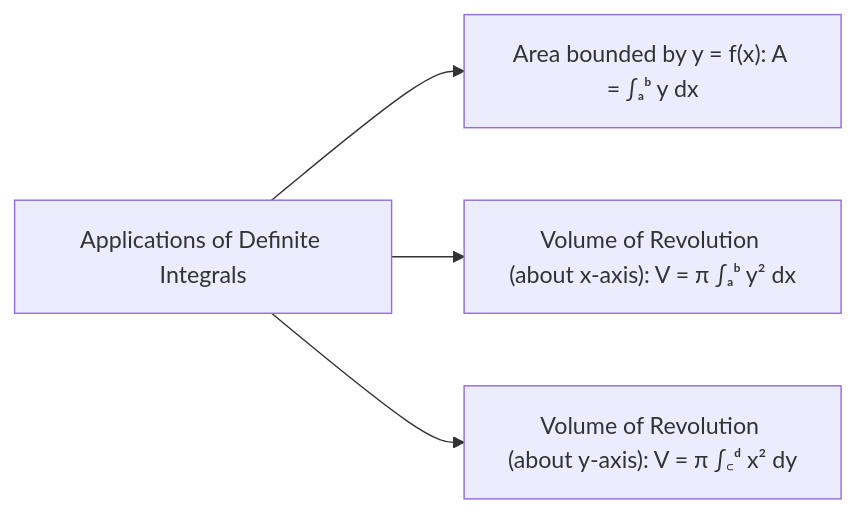
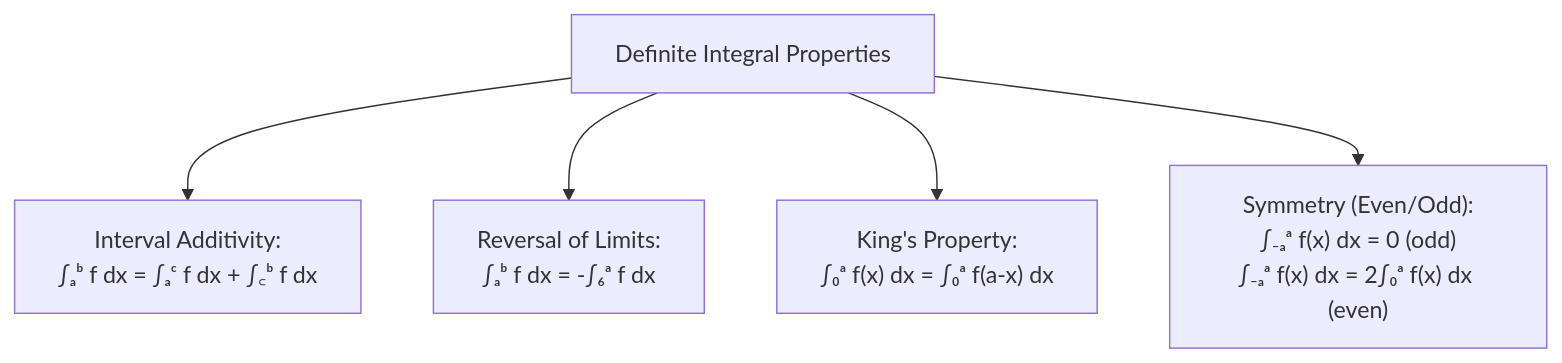
One commit to zenyyxz/Zen_dx-Notes changed the second of 2 diagrams in 01 - Maths/Lesson 09 - Integral Calculus & Applications.md. Above: the diagram before and after it, drawn with Mermaid. The commit also changed other lines of this file and 12 other files, not shown here.

````diff
--- a/01 - Maths/Lesson 09 - Integral Calculus & Applications.md
+++ b/01 - Maths/Lesson 09 - Integral Calculus & Applications.md
@@ -43,6 +166,7 @@
 ```mermaid
-graph LR
-    App["Applications of Definite Integrals"] --> Area["Area bounded by y = f(x): A = ∫ₐᵇ y dx"]
-    App --> VolX["Volume of Revolution (about x-axis): V = π ∫ₐᵇ y² dx"]
-    App --> VolY["Volume of Revolution (about y-axis): V = π ∫꜀ᵈ x² dy"]
+graph TD
+    P["Definite Integral Properties"] --> P1["Interval Additivity:<br>∫ₐᵇ f dx = ∫ₐᶜ f dx + ∫꜀ᵇ f dx"]
+    P --> P2["Reversal of Limits:<br>∫ₐᵇ f dx = -∫₆ᵃ f dx"]
+    P --> P3["King's Property:<br>∫₀ᵃ f(x) dx = ∫₀ᵃ f(a-x) dx"]
+    P --> P4["Symmetry (Even/Odd):<br>∫₋ₐᵃ f(x) dx = 0 (odd)<br>∫₋ₐᵃ f(x) dx = 2∫₀ᵃ f(x) dx (even)"]
 ```
````
